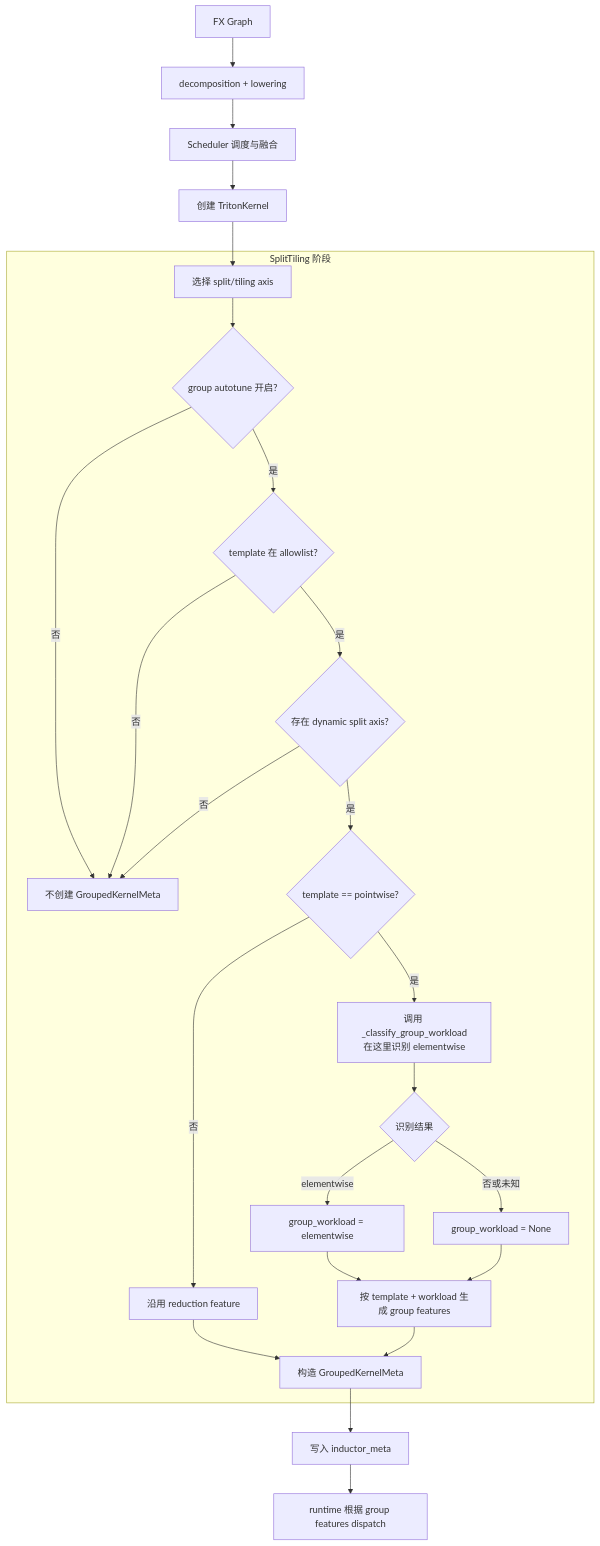
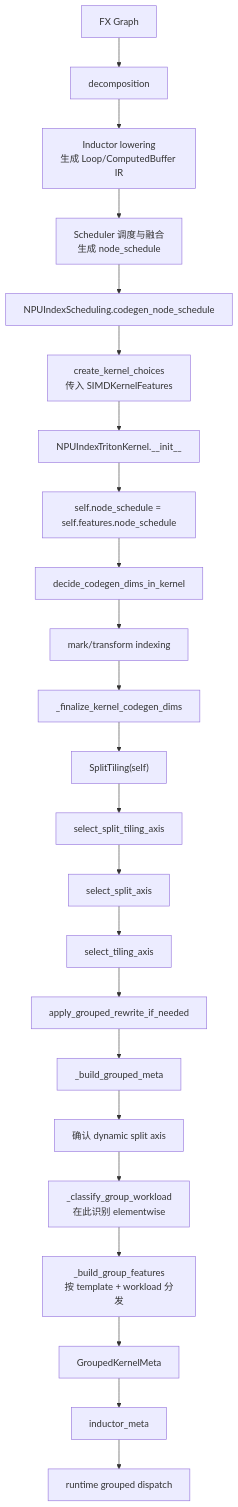
Before and after one commit to limbochao/torch-learn: the first of 3 diagrams in docs/requirements-design/inductor-symbolic-group-elementwise-workload.md, drawn with Mermaid. The commit also changed other lines of this file, not shown here.

Commit message:
docs: detail elementwise workload classification design

````diff
--- a/docs/requirements-design/inductor-symbolic-group-elementwise-workload.md
+++ b/docs/requirements-design/inductor-symbolic-group-elementwise-workload.md
@@ -110,29 +236,25 @@
 ```mermaid
 flowchart TD
-    A["FX Graph"] --> B["decomposition + lowering"]
-    B --> C["Scheduler 调度与融合"]
-    C --> D["创建 TritonKernel"]
-
-    subgraph ST["SplitTiling 阶段"]
-        E["选择 split/tiling axis"] --> F{"group autotune 开启?"}
-        F -- 否 --> Z["不创建 GroupedKernelMeta"]
-        F -- 是 --> G{"template 在 allowlist?"}
-        G -- 否 --> Z
-        G -- 是 --> H{"存在 dynamic split axis?"}
-        H -- 否 --> Z
-        H -- 是 --> I{"template == pointwise?"}
-        I -- 否 --> J["沿用 reduction feature"]
-        I -- 是 --> K["调用 _classify_group_workload<br/>在这里识别 elementwise"]
-        K --> L{"识别结果"}
-        L -- elementwise --> M["group_workload = elementwise"]
-        L -- 否或未知 --> N["group_workload = None"]
-        M --> O["按 template + workload 生成 group features"]
-        N --> O
-        J --> P["构造 GroupedKernelMeta"]
-        O --> P
-    end
-
-    D --> E
-    P --> Q["写入 inductor_meta"]
-    Q --> R["runtime 根据 group features dispatch"]
+    A["FX Graph"] --> B["decomposition"]
+    B --> C["Inductor lowering<br/>生成 Loop/ComputedBuffer IR"]
+    C --> D["Scheduler 调度与融合<br/>生成 node_schedule"]
+    D --> E["NPUIndexScheduling.codegen_node_schedule"]
+    E --> F["create_kernel_choices<br/>传入 SIMDKernelFeatures"]
+    F --> G["NPUIndexTritonKernel.__init__"]
+    G --> H["self.node_schedule = self.features.node_schedule"]
+    H --> I["decide_codegen_dims_in_kernel"]
+    I --> J["mark/transform indexing"]
+    J --> K["_finalize_kernel_codegen_dims"]
+    K --> L["SplitTiling(self)"]
+    L --> M["select_split_tiling_axis"]
+    M --> N["select_split_axis"]
+    N --> O["select_tiling_axis"]
+    O --> P["apply_grouped_rewrite_if_needed"]
+    P --> Q["_build_grouped_meta"]
+    Q --> R["确认 dynamic split axis"]
+    R --> S["_classify_group_workload<br/>在此识别 elementwise"]
+    S --> T["_build_group_features<br/>按 template + workload 分发"]
+    T --> U["GroupedKernelMeta"]
+    U --> V["inductor_meta"]
+    V --> W["runtime grouped dispatch"]
 ```
````
